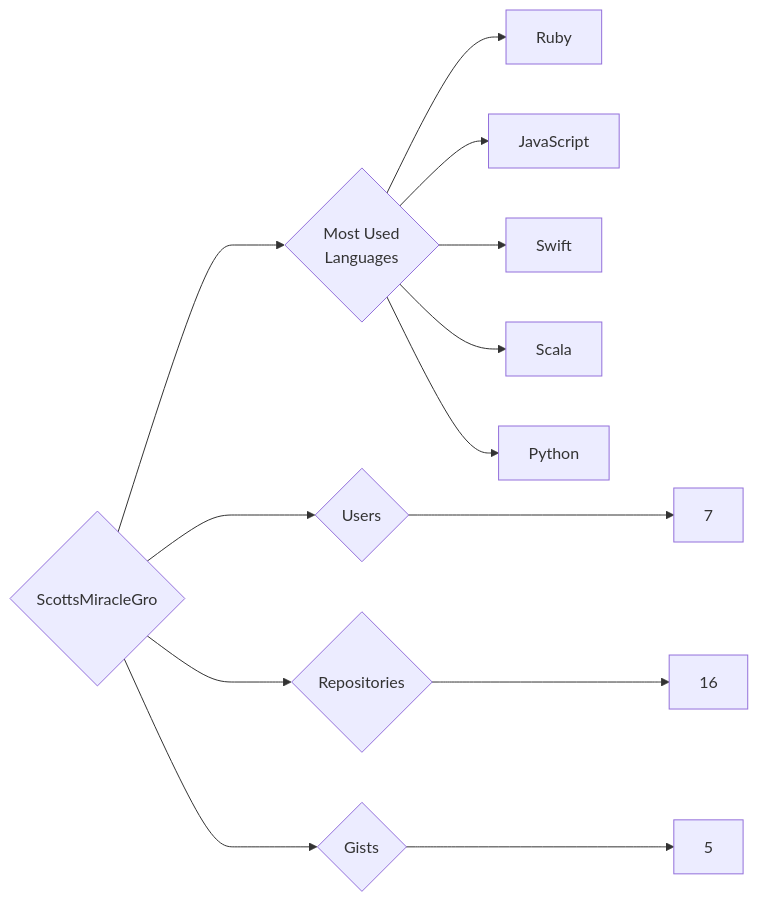
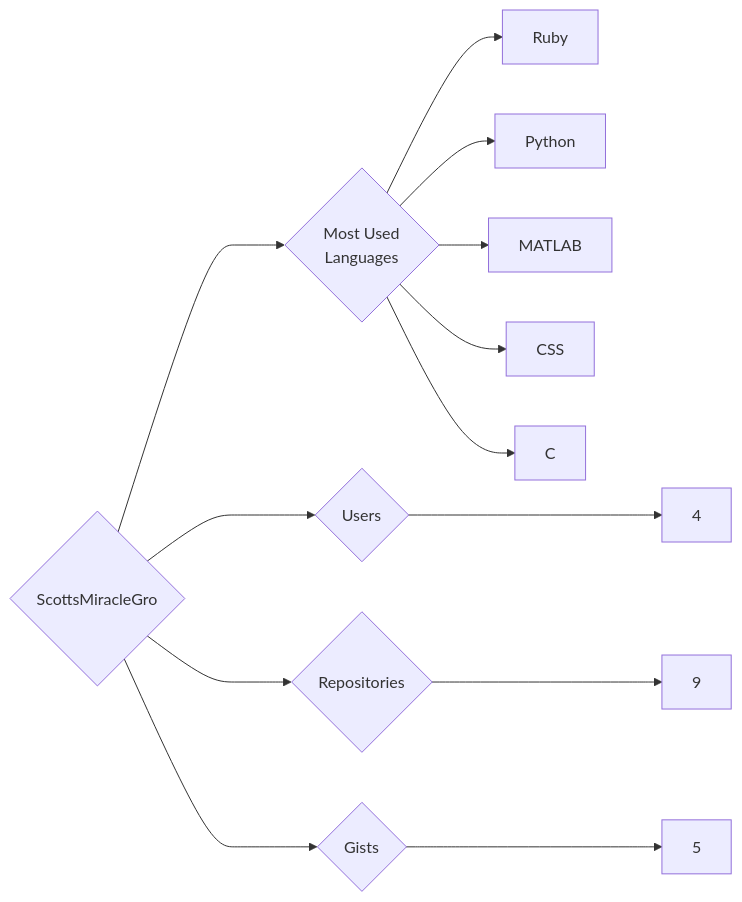
One commit to trickest/insiders changed the diagram in targets/ScottsMiracleGro/README.md. Above: the diagram before and after it, drawn with Mermaid. The commit also changed 1389 other files, not shown here.

````diff
--- a/targets/ScottsMiracleGro/README.md
+++ b/targets/ScottsMiracleGro/README.md
@@ -3,13 +3,13 @@
 ```mermaid
 graph LR
 COMPANY_NAME{ScottsMiracleGro}
-COMPANY_NAME ---> U{Users} ---> UN[7]
-COMPANY_NAME ---> R{Repositories} ---> RN[16]
+COMPANY_NAME ---> U{Users} ---> UN[4]
+COMPANY_NAME ---> R{Repositories} ---> RN[9]
 COMPANY_NAME ---> G{Gists} ---> GN[5]
 COMPANY_NAME ---> ML{Most Used<br>Languages}
 ML --> Ruby[Ruby]
-ML --> JavaScript[JavaScript]
-ML --> Swift[Swift]
-ML --> Scala[Scala]
 ML --> Python[Python]
+ML --> MATLAB[MATLAB]
+ML --> CSS[CSS]
+ML --> C[C]
 ```
````
